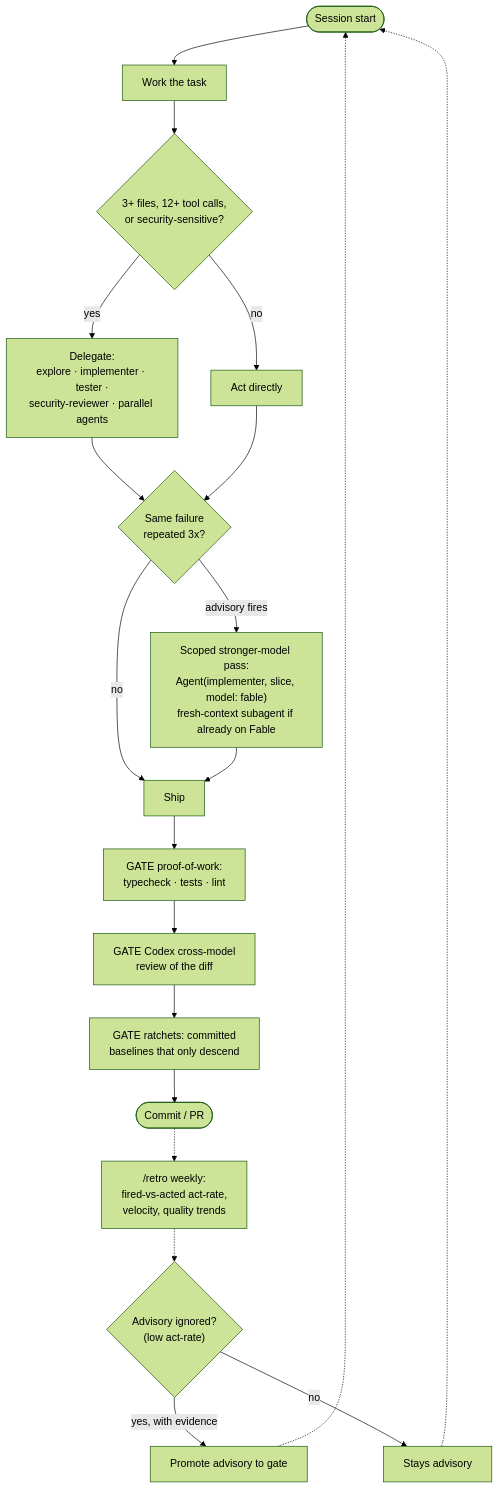
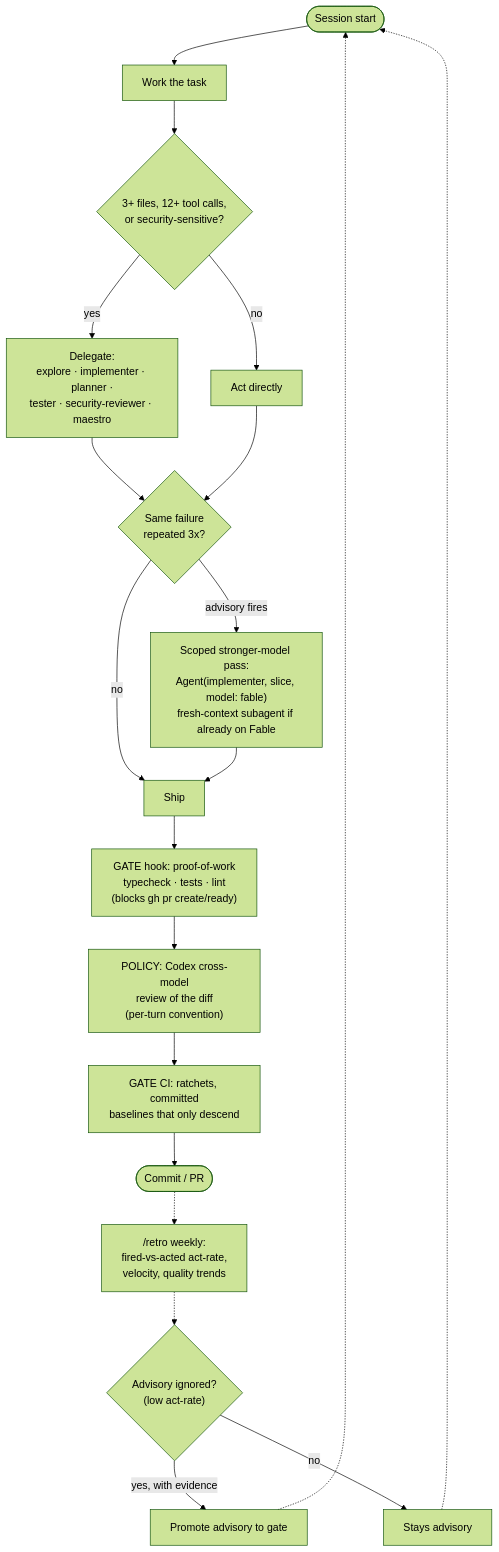
The diagram in README.md (darkroomengineering/cc-settings), drawn with Mermaid (forest theme) before and after one commit.

Commit message:
docs: README flow diagram matches what's actually enforced
The holistic audit showed the ship chain is three different mechanisms,
not three gates: proof-of-work is a local hook gate (blocks PR
create/ready), Codex review is per-turn policy the model executes from
skill prose, and the ratchet gates in CI. Label each honestly, and add
planner/maestro to the delegate box to match the routing table.

````diff
--- a/README.md
+++ b/README.md
@@ -82,22 +82,22 @@
 ```mermaid
 flowchart TB
     A([Session start]) --> B[Work the task]
     B --> C{"3+ files, 12+ tool calls,<br/>or security-sensitive?"}
-    C -- yes --> D["Delegate:<br/>explore · implementer · tester ·<br/>security-reviewer · parallel agents"]
+    C -- yes --> D["Delegate:<br/>explore · implementer · planner ·<br/>tester · security-reviewer · maestro"]
     C -- no --> E[Act directly]
     D --> F{"Same failure<br/>repeated 3x?"}
     E --> F
     F -- "advisory fires" --> G["Scoped stronger-model pass:<br/>Agent(implementer, slice, model: fable)<br/>fresh-context subagent if already on Fable"]
     F -- no --> H
     G --> H[Ship]
-    H --> I["GATE proof-of-work:<br/>typecheck · tests · lint"]
-    I --> J["GATE Codex cross-model<br/>review of the diff"]
-    J --> K["GATE ratchets: committed<br/>baselines that only descend"]
+    H --> I["GATE hook: proof-of-work<br/>typecheck · tests · lint<br/>(blocks gh pr create/ready)"]
+    I --> J["POLICY: Codex cross-model<br/>review of the diff<br/>(per-turn convention)"]
+    J --> K["GATE CI: ratchets, committed<br/>baselines that only descend"]
     K --> L([Commit / PR])
     L -.-> M["/retro weekly:<br/>fired-vs-acted act-rate,<br/>velocity, quality trends"]
     M -.-> N{"Advisory ignored?<br/>(low act-rate)"}
     N -- "yes, with evidence" --> O["Promote advisory to gate"]
     N -- no --> P[Stays advisory]
     O -.-> A
     P -.-> A
 ```
````
